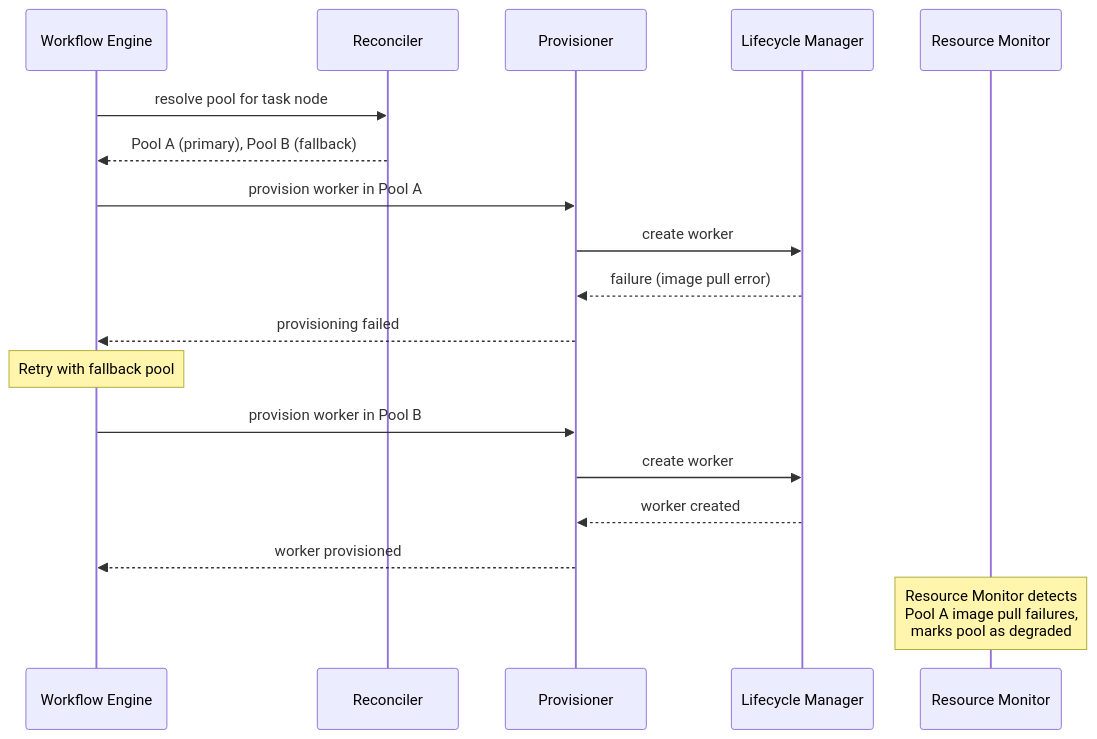
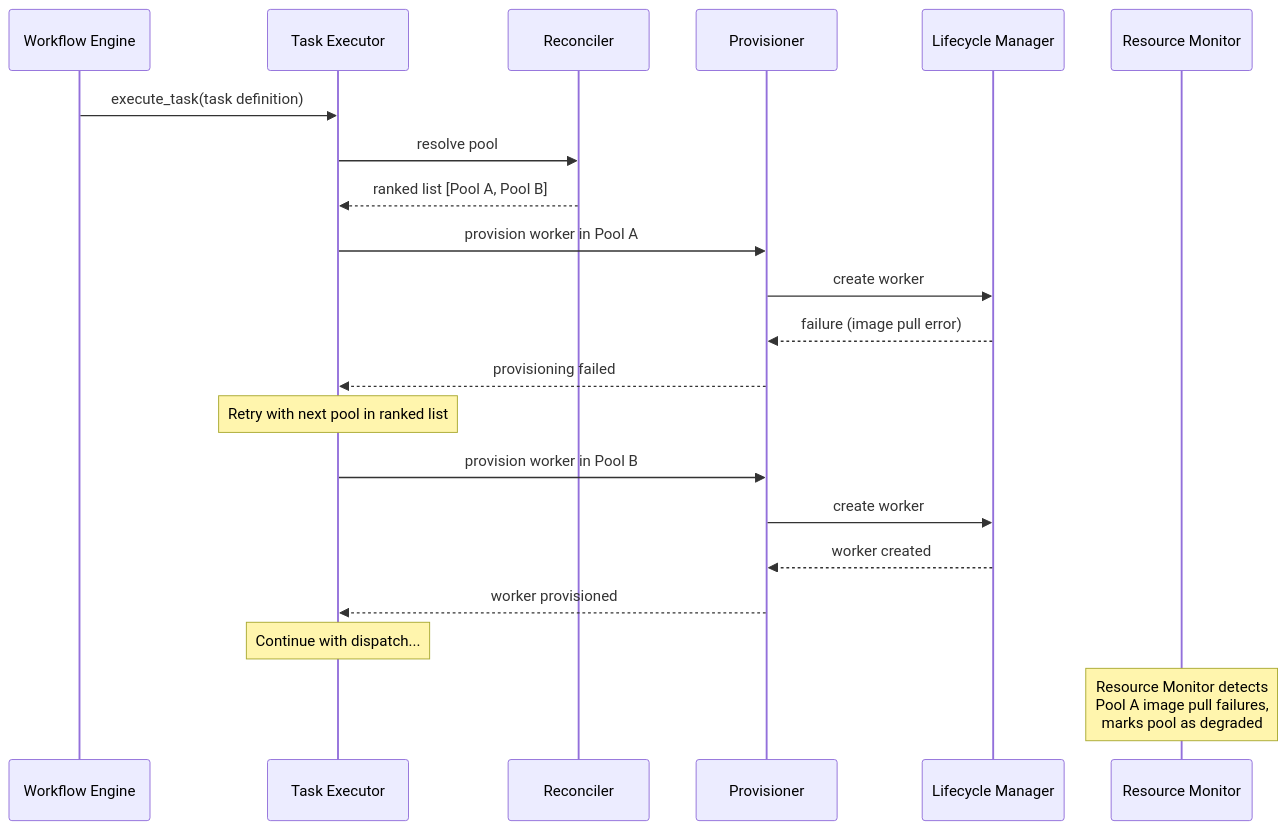
The fourth of 7 diagrams in backend/docs/execution-plane.md (manstis/syntara), drawn with Mermaid before and after one commit. The commit also changed other lines of this file, not shown here.

Commit message:
chore: Update to include TaskExecutor

````diff
--- a/backend/docs/execution-plane.md
+++ b/backend/docs/execution-plane.md
@@ -283,25 +310,30 @@
 ```mermaid
 sequenceDiagram
     participant WE as Workflow Engine
+    participant TE as Task Executor
     participant R as Reconciler
     participant P as Provisioner
     participant LM as Lifecycle Manager
     participant RM as Resource Monitor
 
-    WE->>R: resolve pool for task node
-    R-->>WE: Pool A (primary), Pool B (fallback)
+    WE->>TE: execute_task(task definition)
 
-    WE->>P: provision worker in Pool A
+    TE->>R: resolve pool
+    R-->>TE: ranked list [Pool A, Pool B]
+
+    TE->>P: provision worker in Pool A
     P->>LM: create worker
     LM-->>P: failure (image pull error)
-    P-->>WE: provisioning failed
+    P-->>TE: provisioning failed
 
-    Note over WE: Retry with fallback pool
+    Note over TE: Retry with next pool in ranked list
 
-    WE->>P: provision worker in Pool B
+    TE->>P: provision worker in Pool B
     P->>LM: create worker
     LM-->>P: worker created
-    P-->>WE: worker provisioned
+    P-->>TE: worker provisioned
+
+    Note over TE: Continue with dispatch...
 
     Note over RM: Resource Monitor detects<br/>Pool A image pull failures,<br/>marks pool as degraded
 ```
````
